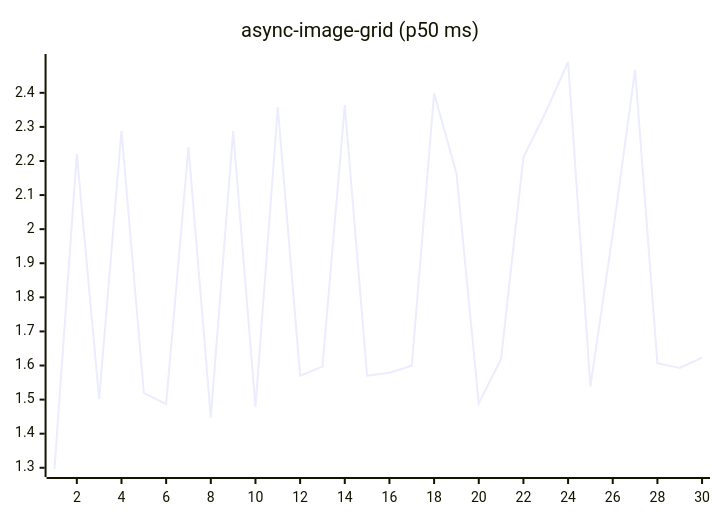
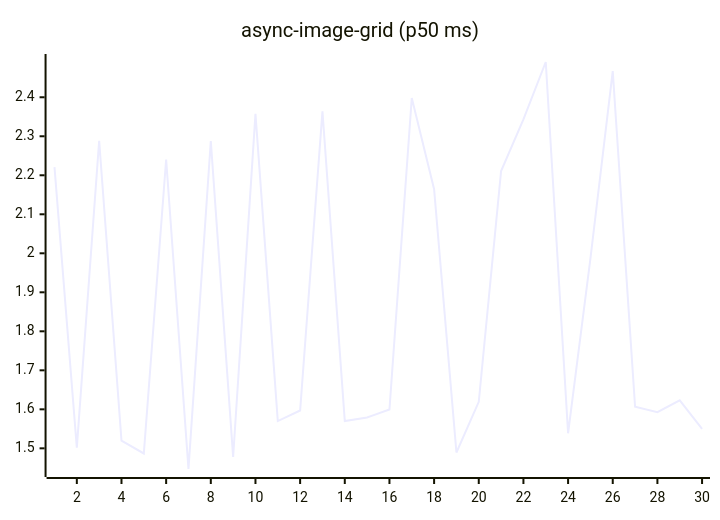
The fifth of 27 diagrams in README.md (josha/Facet), drawn with Mermaid before and after one commit. The commit also changed other lines of this file and 2 other files, not shown here.

````diff
--- a/README.md
+++ b/README.md
@@ -91,6 +91,6 @@
 ```mermaid
 xychart-beta
     title "async-image-grid (p50 ms)"
     x-axis 1 --> 30
-    line [1.2964, 2.2208, 1.5015, 2.2886, 1.5200, 1.4868, 2.2404, 1.4470, 2.2880, 1.4779, 2.3575, 1.5699, 1.5969, 2.3640, 1.5700, 1.5790, 1.5994, 2.3982, 2.1641, 1.4893, 1.6193, 2.2110, 2.3435, 2.4904, 1.5386, 1.9864, 2.4670, 1.6066, 1.5928, 1.6229]
+    line [2.2208, 1.5015, 2.2886, 1.5200, 1.4868, 2.2404, 1.4470, 2.2880, 1.4779, 2.3575, 1.5699, 1.5969, 2.3640, 1.5700, 1.5790, 1.5994, 2.3982, 2.1641, 1.4893, 1.6193, 2.2110, 2.3435, 2.4904, 1.5386, 1.9864, 2.4670, 1.6066, 1.5928, 1.6229, 1.5501]
 ```
````
